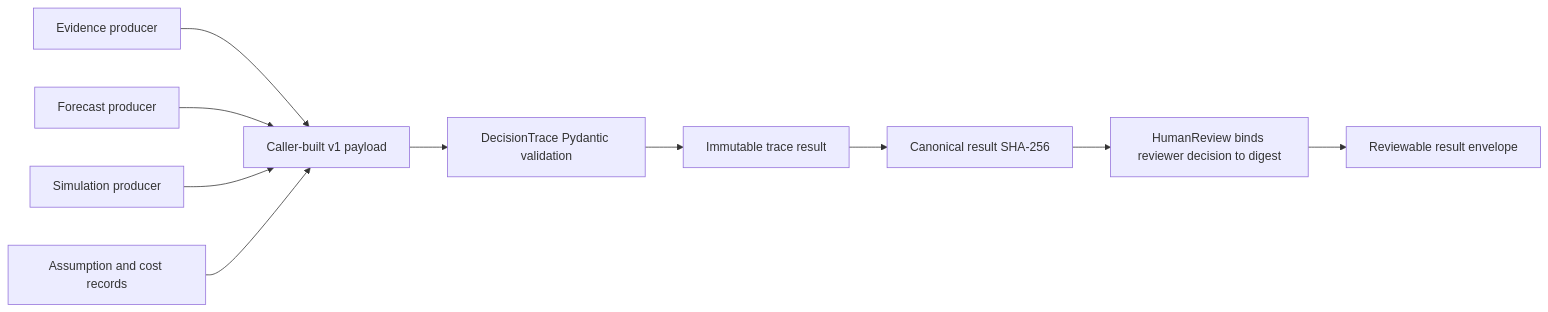
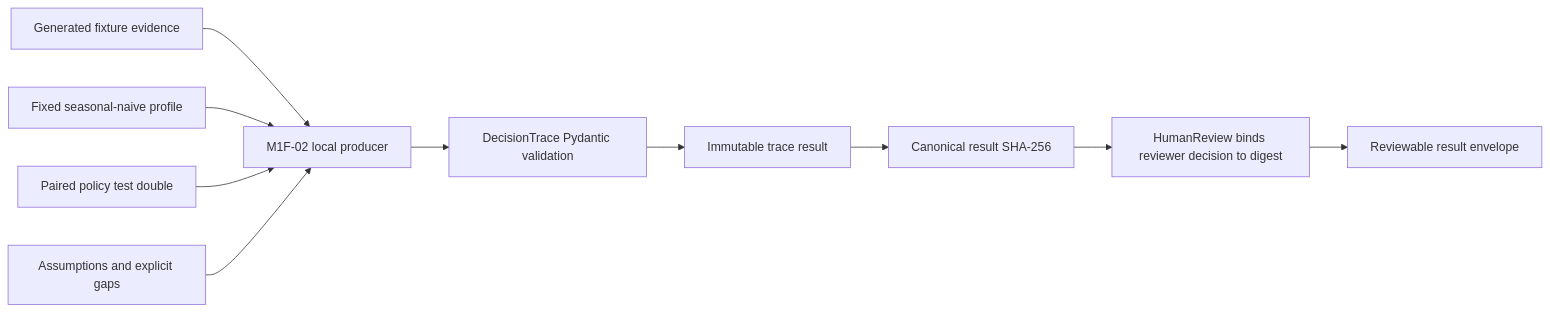
Before and after one commit to GustavoMFDS/MirrorMind: the diagram in docs/engineering/DECISION_TRACE_RESULT.md, drawn with Mermaid. The commit also changed other lines of this file and 30 other files, not shown here.

````diff
--- a/docs/engineering/DECISION_TRACE_RESULT.md
+++ b/docs/engineering/DECISION_TRACE_RESULT.md
@@ -24,12 +25,12 @@
 ```mermaid
 flowchart LR
-  E[Evidence producer] --> P[Caller-built v1 payload]
-  F[Forecast producer] --> P
-  S[Simulation producer] --> P
-  A[Assumption and cost records] --> P
+  E[Generated fixture evidence] --> P[M1F-02 local producer]
+  F[Fixed seasonal-naive profile] --> P
+  S[Paired policy test double] --> P
+  A[Assumptions and explicit gaps] --> P
   P --> V[DecisionTrace Pydantic validation]
   V --> R[Immutable trace result]
   R --> H[Canonical result SHA-256]
   H --> U[HumanReview binds reviewer decision to digest]
   U --> O[Reviewable result envelope]
 ```
````
